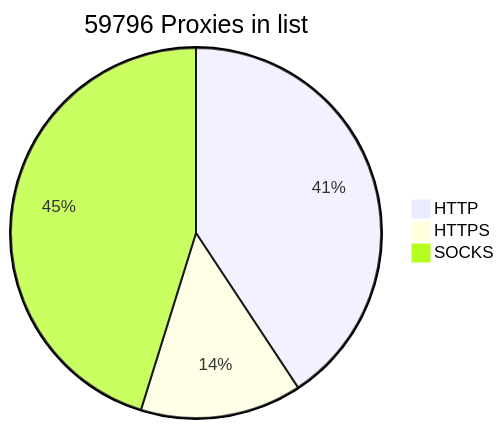
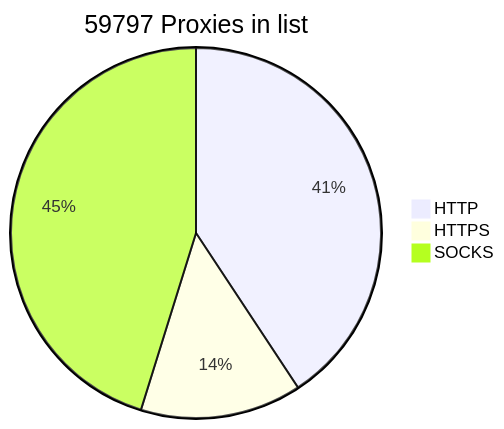
The diagram in README.md (BlackSnowDot/proxylist-update-every-minute), drawn with Mermaid before and after one commit.

````diff
--- a/README.md
+++ b/README.md
@@ -2,6 +2,6 @@
 ```mermaid
-pie title 59796 Proxies in list
-    "HTTP" : 27484
-    "HTTPS": 9513
+pie title 59797 Proxies in list
+    "HTTP" : 27487
+    "HTTPS": 9512
     "SOCKS" : 30511
 ```
````
